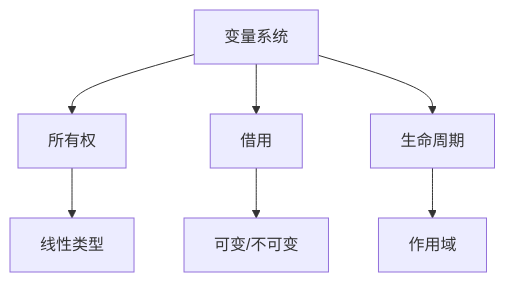
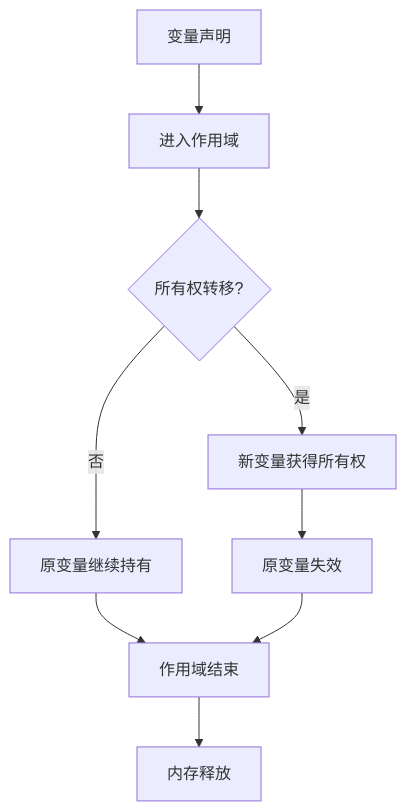
The first of 3 diagrams in formal_rust/refactor/01_core_theory/01_variable_system/10_visualization_and_mindmap.md (martin-ly/rust-lang), drawn with Mermaid before and after one commit. The commit also changed other lines of this file and 10 other files, not shown here.

````diff
--- a/formal_rust/refactor/01_core_theory/01_variable_system/10_visualization_and_mindmap.md
+++ b/formal_rust/refactor/01_core_theory/01_variable_system/10_visualization_and_mindmap.md
@@ -11,9 +11,11 @@
 ```mermaid
-graph TD;
-    A[变量系统] --> B[所有权];
-    A --> C[借用];
-    A --> D[生命周期];
-    B --> E[线性类型];
-    C --> F[可变/不可变];
-    D --> G[作用域];
+graph TD
+    A[变量声明] --> B[进入作用域]
+    B --> C{所有权转移?}
+    C -- 是 --> D[新变量获得所有权]
+    C -- 否 --> E[原变量继续持有]
+    D --> F[原变量失效]
+    E --> G[作用域结束]
+    F --> G
+    G --> H[内存释放]
 ```
````
